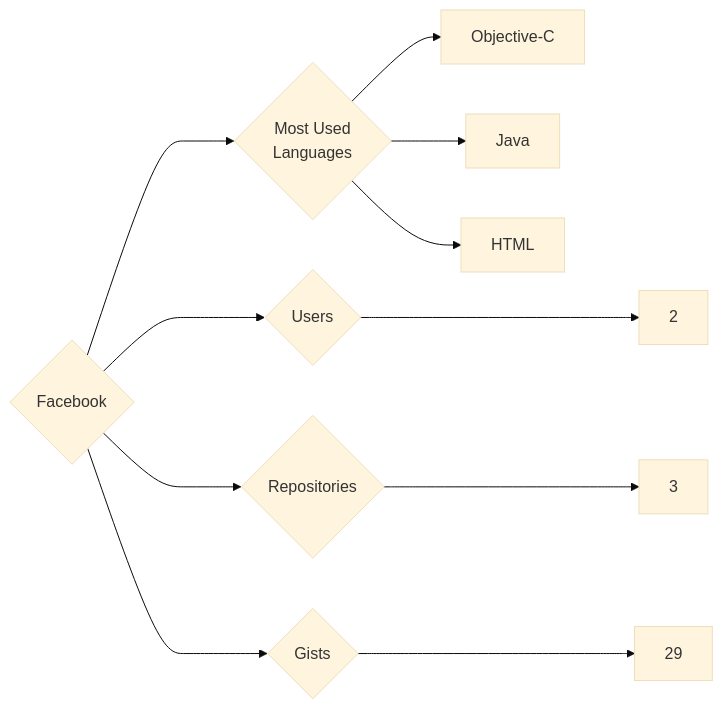
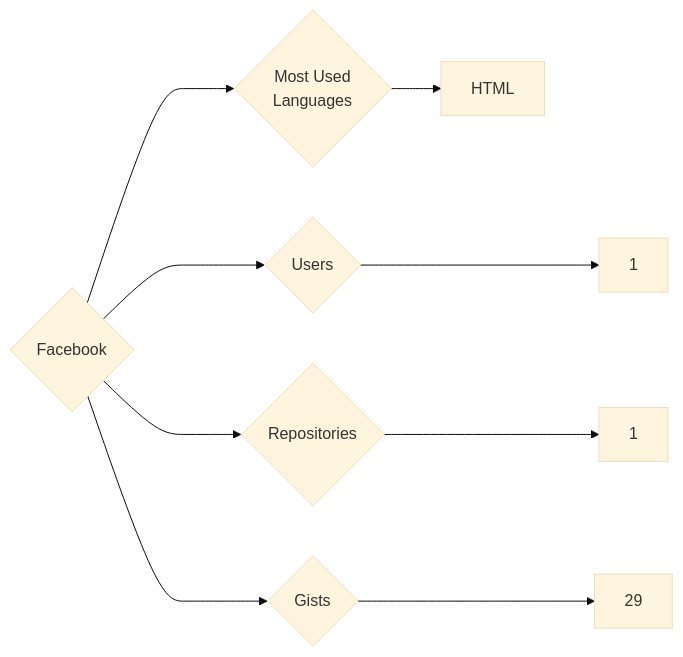
Before and after one commit to trickest/insiders: the diagram in targets/Facebook/README.md, drawn with Mermaid (base theme). The commit also changed 1167 other files, not shown here.

````diff
--- a/targets/Facebook/README.md
+++ b/targets/Facebook/README.md
@@ -3,11 +3,9 @@
 ```mermaid
 graph LR
 COMPANY_NAME{Facebook}
-COMPANY_NAME ---> U{Users} ---> UN[2]
-COMPANY_NAME ---> R{Repositories} ---> RN[3]
+COMPANY_NAME ---> U{Users} ---> UN[1]
+COMPANY_NAME ---> R{Repositories} ---> RN[1]
 COMPANY_NAME ---> G{Gists} ---> GN[29]
 COMPANY_NAME ---> ML{Most Used<br>Languages}
-ML --> Objective-C[Objective-C]
-ML --> Java[Java]
 ML --> HTML[HTML]
 ```
````
